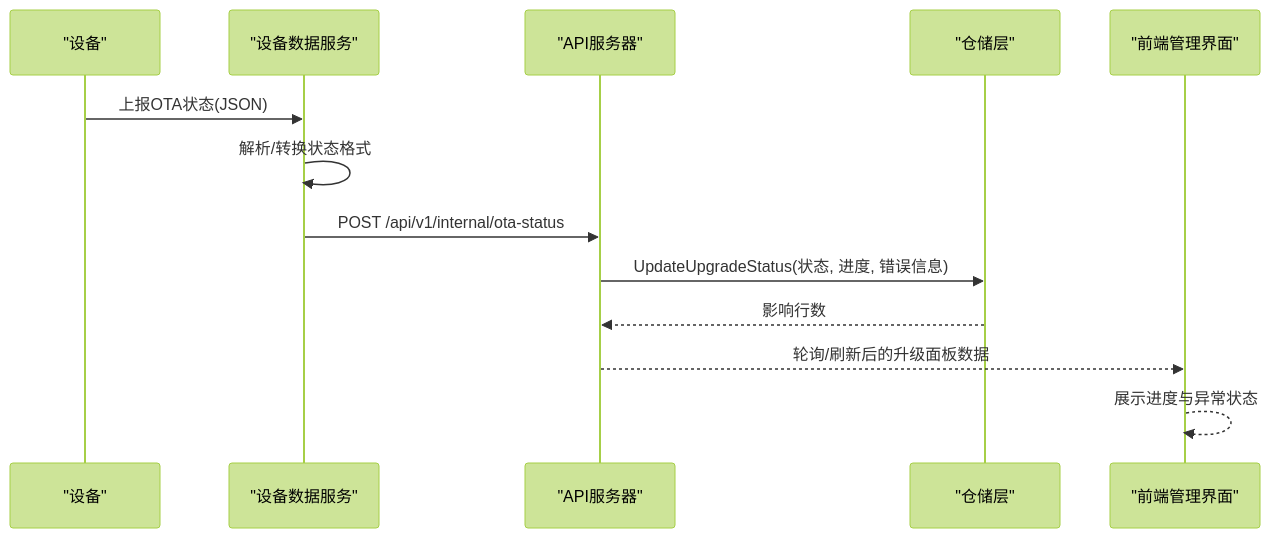
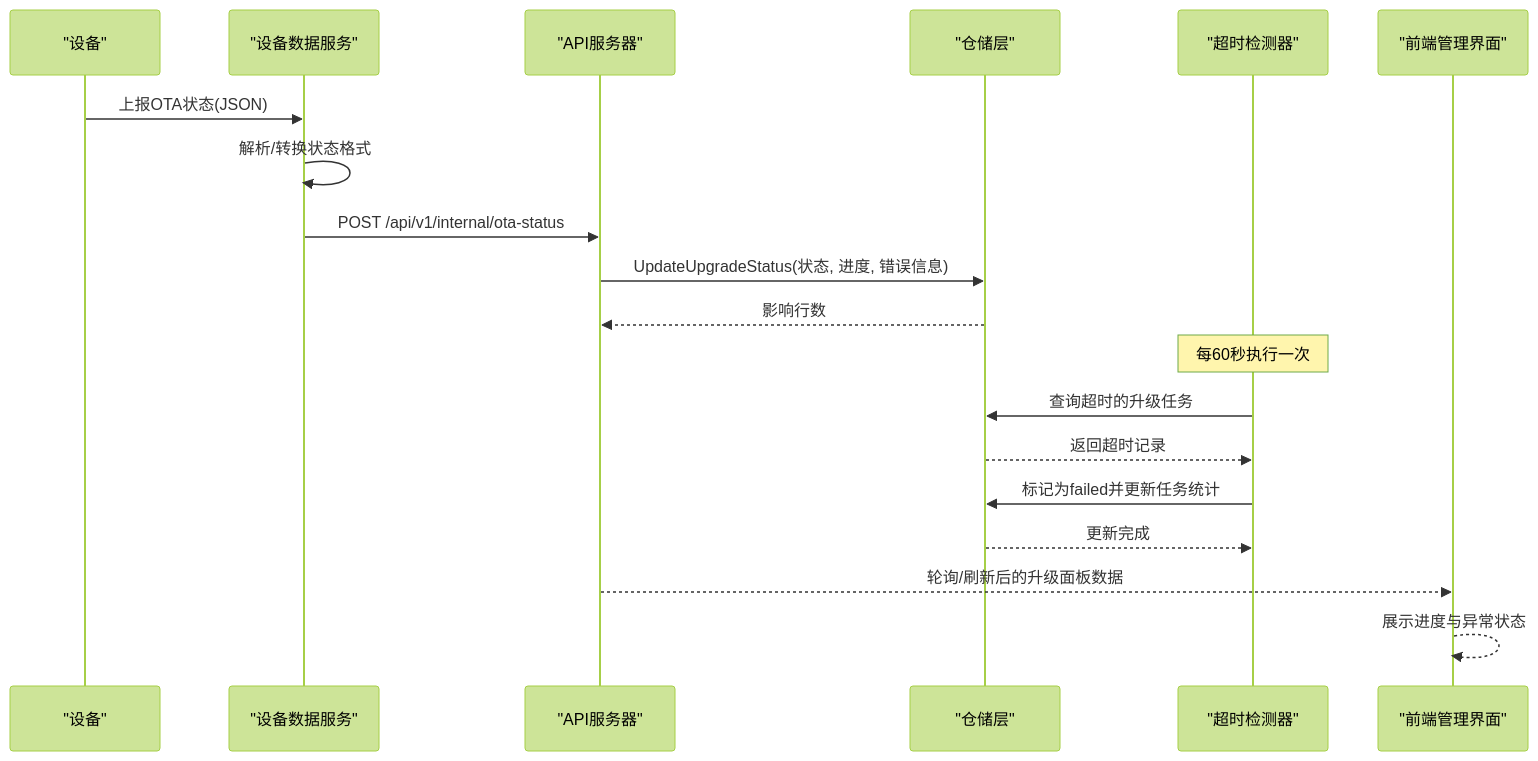
The second of 4 diagrams in .qoder/repowiki/zh/content/OTA升级系统/OTA状态跟踪.md (mcmrzy/cs_inv_monitor-develop), drawn with Mermaid (forest theme) before and after one commit. The commit also changed other lines of this file and 28 other files, not shown here.

````diff
--- a/.qoder/repowiki/zh/content/OTA升级系统/OTA状态跟踪.md
+++ b/.qoder/repowiki/zh/content/OTA升级系统/OTA状态跟踪.md
@@ -102,15 +118,21 @@
 ```mermaid
 sequenceDiagram
 participant Dev as "设备"
 participant DS as "设备数据服务"
 participant API as "API服务器"
 participant Repo as "仓储层"
+participant Timeout as "超时检测器"
 participant FE as "前端管理界面"
 Dev->>DS : 上报OTA状态(JSON)
 DS->>DS : 解析/转换状态格式
 DS->>API : POST /api/v1/internal/ota-status
 API->>Repo : UpdateUpgradeStatus(状态, 进度, 错误信息)
 Repo-->>API : 影响行数
+Note over Timeout : 每60秒执行一次
+Timeout->>Repo : 查询超时的升级任务
+Repo-->>Timeout : 返回超时记录
+Timeout->>Repo : 标记为failed并更新任务统计
+Repo-->>Timeout : 更新完成
 API-->>FE : 轮询/刷新后的升级面板数据
 FE-->>FE : 展示进度与异常状态
 ```
````
